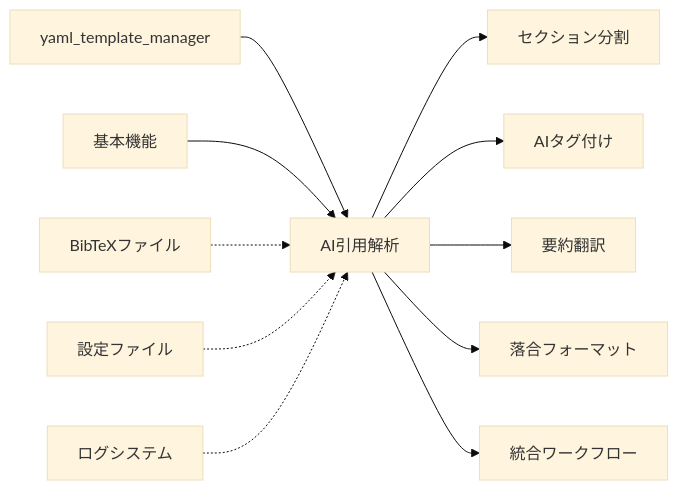
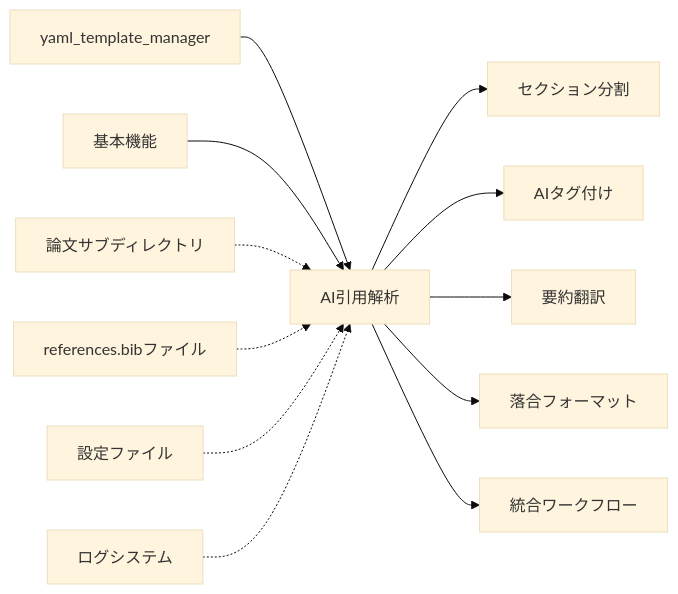
Before and after one commit to shuu5/ObsClippingsManager: the second of 2 diagrams in code/contexts/enhanced_citation_parser_specification.md, drawn with Mermaid (base theme). The commit also changed other lines of this file and 4 other files, not shown here.

````diff
--- a/code/contexts/enhanced_citation_parser_specification.md
+++ b/code/contexts/enhanced_citation_parser_specification.md
@@ -32,15 +36,16 @@
 ```mermaid
 graph LR
     A["yaml_template_manager"] --> B["AI引用解析"]
     C["基本機能"] --> B
     
-    D["BibTeXファイル"] -.-> B
-    E["設定ファイル"] -.-> B
-    F["ログシステム"] -.-> B
+    D["論文サブディレクトリ"] -.-> B
+    E["references.bibファイル"] -.-> B
+    F["設定ファイル"] -.-> B
+    G["ログシステム"] -.-> B
     
-    B --> G["セクション分割"]
-    B --> H["AIタグ付け"]
-    B --> I["要約翻訳"]
-    B --> J["落合フォーマット"]
-    B --> K["統合ワークフロー"]
+    B --> H["セクション分割"]
+    B --> I["AIタグ付け"]
+    B --> J["要約翻訳"]
+    B --> K["落合フォーマット"]
+    B --> L["統合ワークフロー"]
 ```
````
